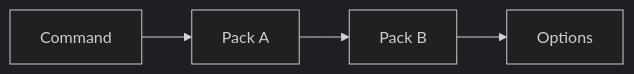
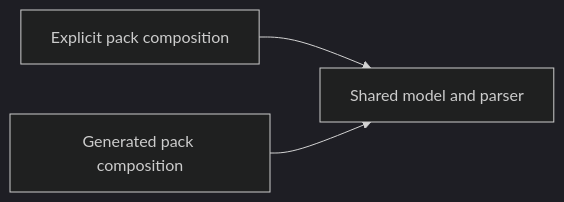
The diagram in docs/Requirements/Planned/FEAT-14-OptionPacks.md (mauve/Mauve.Cli), drawn with Mermaid (dark theme) before and after one commit. The commit also changed other lines of this file and 14 other files, not shown here.

Commit message:
feat: add explicit option pack composition

````diff
--- a/docs/Requirements/Planned/FEAT-14-OptionPacks.md
+++ b/docs/Requirements/Planned/FEAT-14-OptionPacks.md
@@ -200,6 +38,5 @@
 ```mermaid
 flowchart LR
-    Command["Command"] --> PackA["Pack A"]
-    PackA --> PackB["Pack B"]
-    PackB --> Options["Options"]
+    Explicit["Explicit pack composition"] --> Shared["Shared model and parser"]
+    Generated["Generated pack composition"] --> Shared
 ```
````
